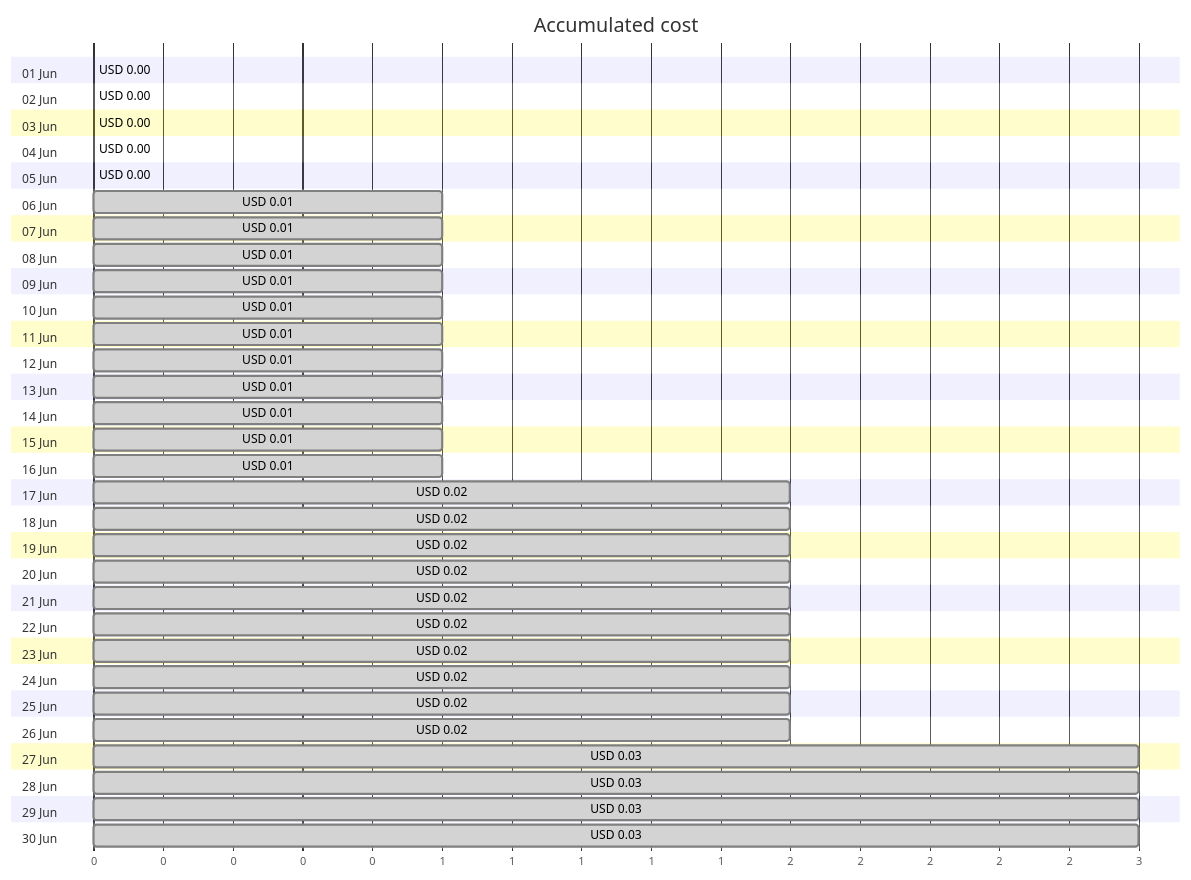
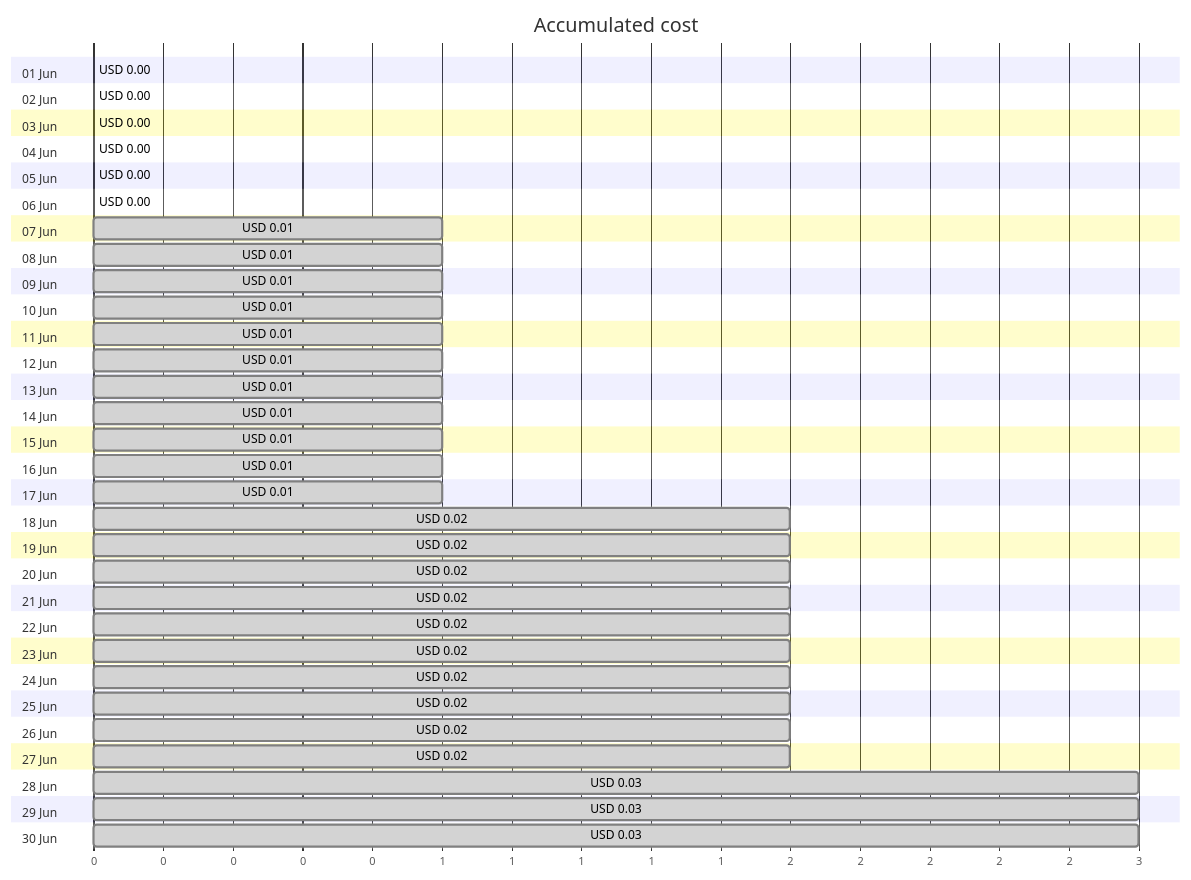
One commit to jpfulton/azure-personal-reports changed the first of 4 diagrams in cost-reports/personal-site/personalsiteapistorage.md. Above: the diagram before and after it, drawn with Mermaid. The commit also changed other lines of this file and 6 other files, not shown here.

````diff
--- a/cost-reports/personal-site/personalsiteapistorage.md
+++ b/cost-reports/personal-site/personalsiteapistorage.md
@@ -20,66 +20,66 @@
 ```mermaid
 gantt
    title Accumulated cost
    dateFormat  X
    axisFormat %s
    section 01 Jun
    USD 0.00 :0, 0
    section 02 Jun
    USD 0.00 :0, 0
    section 03 Jun
    USD 0.00 :0, 0
    section 04 Jun
    USD 0.00 :0, 0
    section 05 Jun
+   USD 0.00 :0, 0
+   section 06 Jun
    USD 0.00 : done, 0, 0
-   section 06 Jun
-   USD 0.01 : done, 0, 1
    section 07 Jun
    USD 0.01 : done, 0, 1
    section 08 Jun
    USD 0.01 : done, 0, 1
    section 09 Jun
    USD 0.01 : done, 0, 1
    section 10 Jun
    USD 0.01 : done, 0, 1
    section 11 Jun
    USD 0.01 : done, 0, 1
    section 12 Jun
    USD 0.01 : done, 0, 1
    section 13 Jun
    USD 0.01 : done, 0, 1
    section 14 Jun
    USD 0.01 : done, 0, 1
    section 15 Jun
    USD 0.01 : done, 0, 1
    section 16 Jun
    USD 0.01 : done, 0, 1
    section 17 Jun
-   USD 0.02 : done, 0, 2
+   USD 0.01 : done, 0, 1
    section 18 Jun
    USD 0.02 : done, 0, 2
    section 19 Jun
    USD 0.02 : done, 0, 2
    section 20 Jun
    USD 0.02 : done, 0, 2
    section 21 Jun
    USD 0.02 : done, 0, 2
    section 22 Jun
    USD 0.02 : done, 0, 2
    section 23 Jun
    USD 0.02 : done, 0, 2
    section 24 Jun
    USD 0.02 : done, 0, 2
    section 25 Jun
    USD 0.02 : done, 0, 2
    section 26 Jun
    USD 0.02 : done, 0, 2
    section 27 Jun
-   USD 0.03 : done, 0, 3
+   USD 0.02 : done, 0, 2
    section 28 Jun
    USD 0.03 : done, 0, 3
    section 29 Jun
    USD 0.03 : done, 0, 3
    section 30 Jun
    USD 0.03 : done, 0, 3
 ```
````
